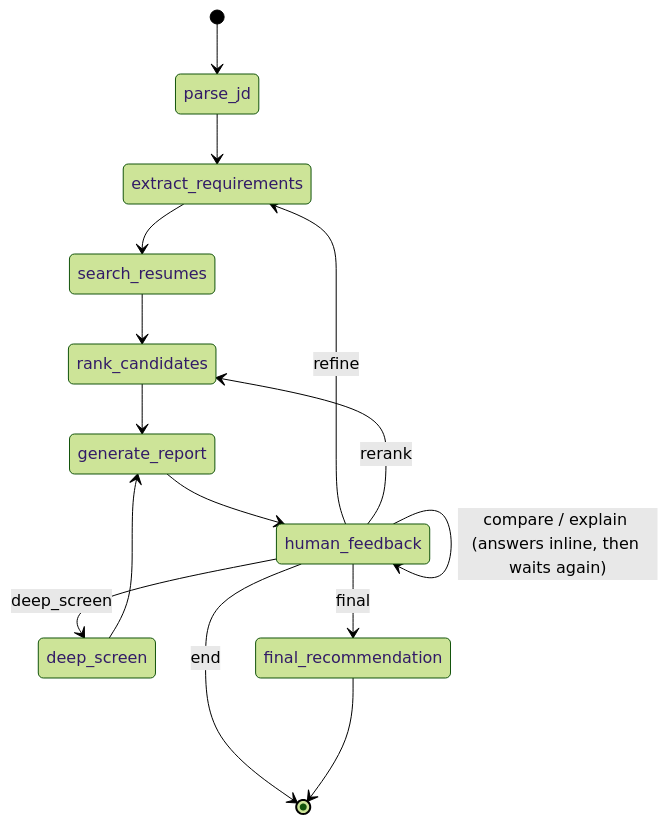
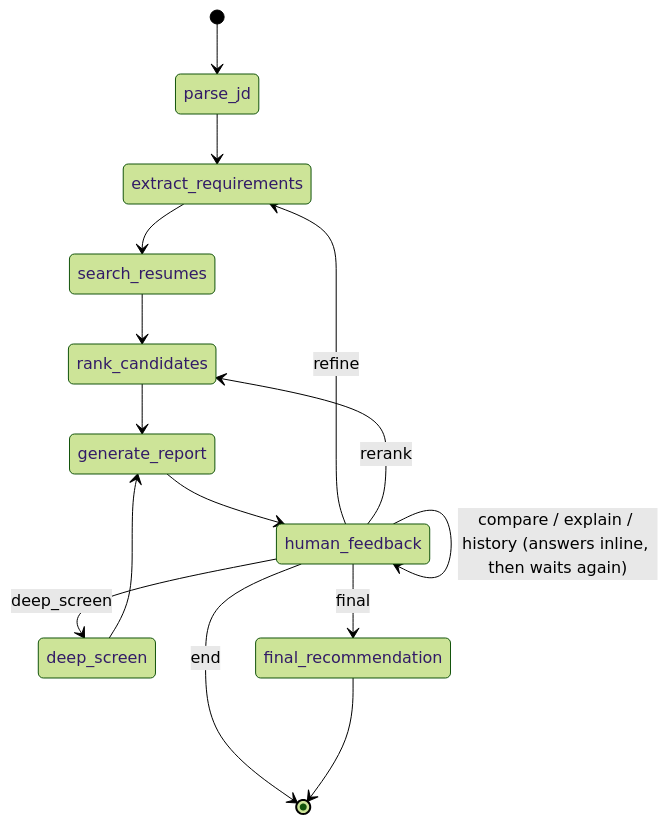
One commit to sawadkk/agentic-profile-matching changed the diagram in docs/state_machine.md. Above: the diagram before and after it, drawn with Mermaid (forest theme). The commit also changed other lines of this file and 19 other files, not shown here.

````diff
--- a/docs/state_machine.md
+++ b/docs/state_machine.md
@@ -5,19 +5,19 @@
 ```mermaid
 stateDiagram-v2
     [*] --> parse_jd
     parse_jd --> extract_requirements
     extract_requirements --> search_resumes
     search_resumes --> rank_candidates
     rank_candidates --> generate_report
     generate_report --> human_feedback
 
     human_feedback --> extract_requirements: refine
     human_feedback --> rank_candidates: rerank
     human_feedback --> deep_screen: deep_screen
     human_feedback --> final_recommendation: final
-    human_feedback --> human_feedback: compare / explain (answers inline, then waits again)
+    human_feedback --> human_feedback: compare / explain / history (answers inline, then waits again)
     human_feedback --> [*]: end
 
     deep_screen --> generate_report
     final_recommendation --> [*]
 ```
````
